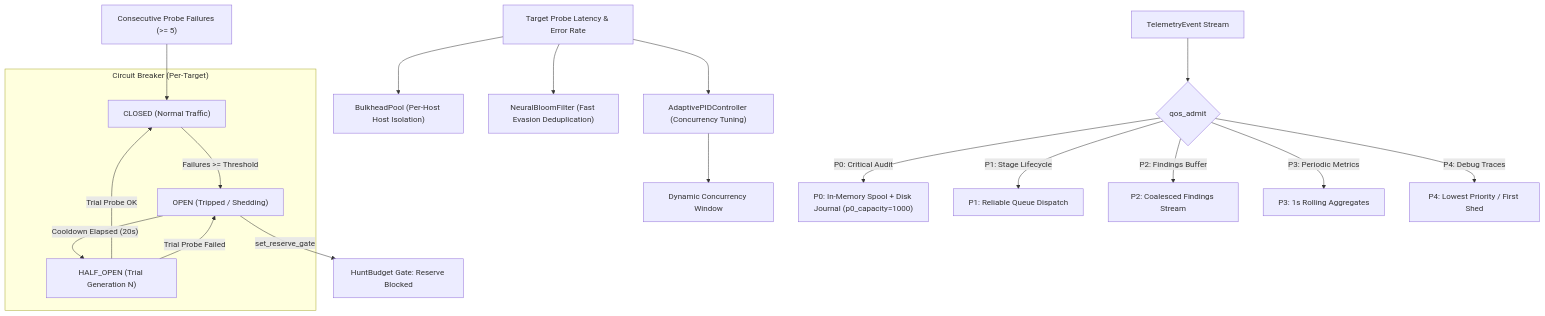
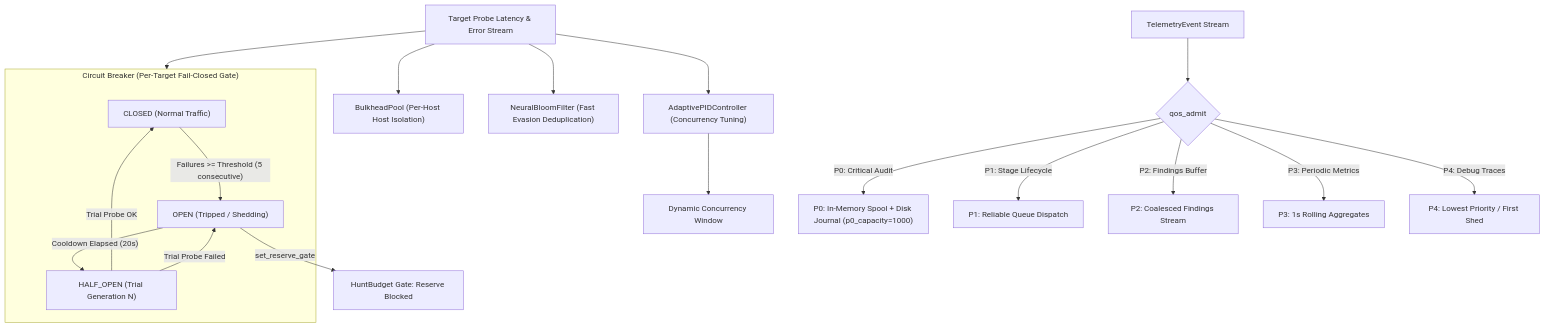
One commit to AviralGup7/Singularity-Zero changed the eighth of 15 diagrams in docs/flowchart.md. Above: the diagram before and after it, drawn with Mermaid. The commit also changed other lines of this file, not shown here.

Commit message:
docs(atlas): resolve graph correctness problems (dual edge taxonomy, zero-I/O Intent, plane decoupling, prerequisite semantics, crypto fail-closed)

````diff
--- a/docs/flowchart.md
+++ b/docs/flowchart.md
@@ -522,21 +529,21 @@
 ```mermaid
 flowchart TD
-    Load["Target Probe Latency & Error Rate"]:::impl --> PID["AdaptivePIDController (Concurrency Tuning)"]:::impl
+    Load["Target Probe Latency & Error Stream"]:::impl --> PID["AdaptivePIDController (Concurrency Tuning)"]:::impl
     PID --> Conc["Dynamic Concurrency Window"]:::impl
     Load --> Bulk["BulkheadPool (Per-Host Host Isolation)"]:::impl
     Load --> Bloom["NeuralBloomFilter (Fast Evasion Deduplication)"]:::impl
-    Fail["Consecutive Probe Failures (>= 5)"]:::impl --> CLOSED
-    subgraph CB["Circuit Breaker (Per-Target)"]
-        CLOSED["CLOSED (Normal Traffic)"]:::impl -->|"Failures >= Threshold"| OPEN["OPEN (Tripped / Shedding)"]:::forbidden
+    Load --> CB
+    subgraph CB["Circuit Breaker (Per-Target Fail-Closed Gate)"]
+        CLOSED["CLOSED (Normal Traffic)"]:::impl -->|"Failures >= Threshold (5 consecutive)"| OPEN["OPEN (Tripped / Shedding)"]:::forbidden
         OPEN -->|"Cooldown Elapsed (20s)"| HALF_OPEN["HALF_OPEN (Trial Generation N)"]:::impl
         HALF_OPEN -->|"Trial Probe OK"| CLOSED
         HALF_OPEN -->|"Trial Probe Failed"| OPEN
     end
     OPEN -->|"set_reserve_gate"| NoTicket["HuntBudget Gate: Reserve Blocked"]:::impl
     Evt["TelemetryEvent Stream"]:::impl --> Q{"qos_admit"}:::impl
     Q -->|P0: Critical Audit| P0["P0: In-Memory Spool + Disk Journal (p0_capacity=1000)"]:::impl
     Q -->|P1: Stage Lifecycle| P1["P1: Reliable Queue Dispatch"]:::impl
     Q -->|P2: Findings Buffer| P2["P2: Coalesced Findings Stream"]:::impl
     Q -->|P3: Periodic Metrics| P3["P3: 1s Rolling Aggregates"]:::impl
     Q -->|P4: Debug Traces| P4["P4: Lowest Priority / First Shed"]:::impl
 ```
````
